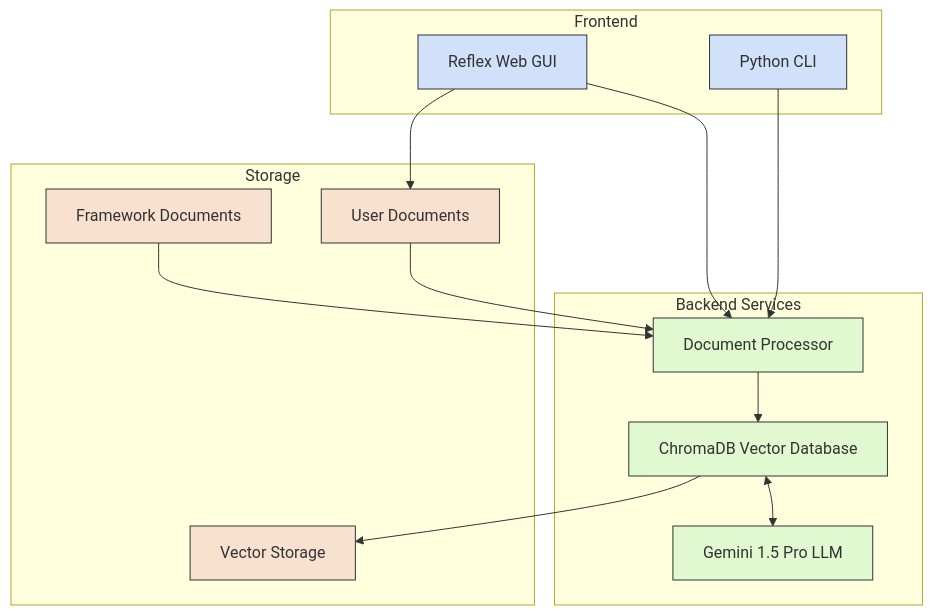
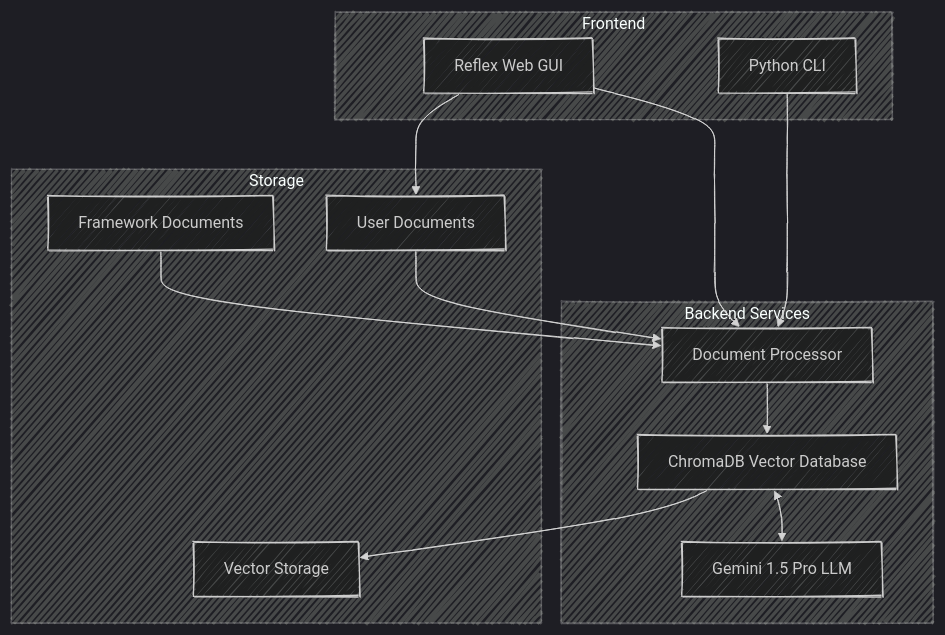
Before and after one commit to VINOforStudents/vino-students: the first of 2 diagrams in docs/architecture/system-design.md, drawn with Mermaid.

Commit message:
changed styling

````diff
--- a/docs/architecture/system-design.md
+++ b/docs/architecture/system-design.md
@@ -5,36 +5,38 @@
 ```mermaid
+---
+config:
+    layout: default
+    look: handDrawn
+    theme: dark
+---
 graph TD
     subgraph "Frontend"
         GUI[Reflex Web GUI]
         CLI[Python CLI]
     end
 
     subgraph "Backend Services"
         VDB[ChromaDB Vector Database]
         LLM[Gemini 1.5 Pro LLM]
         DOC[Document Processor]
     end
 
     subgraph "Storage"
         FW[Framework Documents]
         UD[User Documents]
         VS[Vector Storage]
     end
 
     GUI --> DOC
     CLI --> DOC
     DOC --> VDB
     VDB --> VS
     FW --> DOC
     UD --> DOC
     VDB <--> LLM
     GUI --> UD
 
-    classDef frontend fill:#d0e1f9,stroke:#333;
-    classDef backend fill:#e1f9d0,stroke:#333;
-    classDef storage fill:#f9e1d0,stroke:#333;
-
     class GUI,CLI frontend;
     class VDB,LLM,DOC backend;
     class FW,UD,VS storage;
 ```
````
